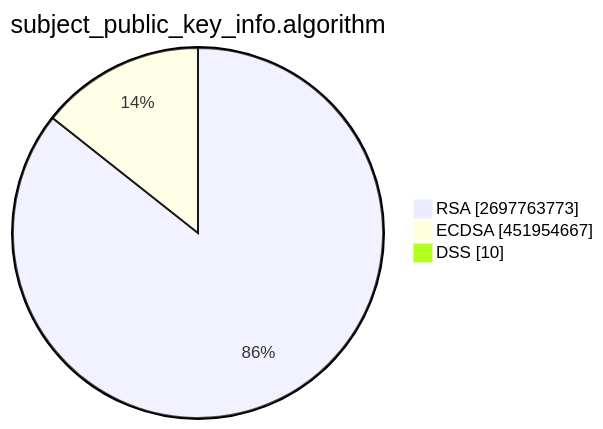
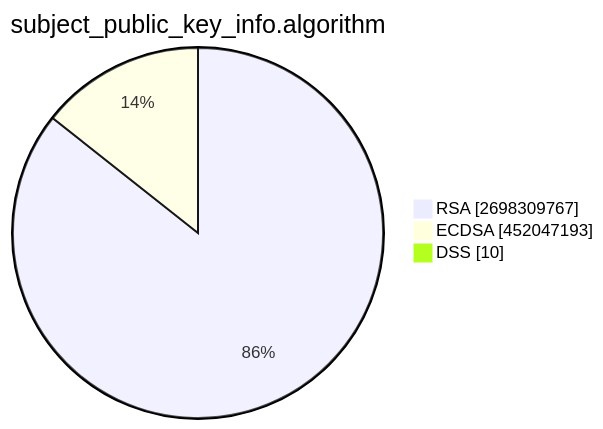
One commit to christiankrug/ctmonitor_visualization changed the second of 15 diagrams in TOTAL/README.md. Above: the diagram before and after it, drawn with Mermaid. The commit also changed other lines of this file, not shown here.

````diff
--- a/TOTAL/README.md
+++ b/TOTAL/README.md
@@ -6,7 +6,7 @@
 ```mermaid
 pie showData
 title subject_public_key_info.algorithm
-"RSA" :2697763773
-"ECDSA" :451954667
+"RSA" :2698309767
+"ECDSA" :452047193
 "DSS" :10
 ```
````
